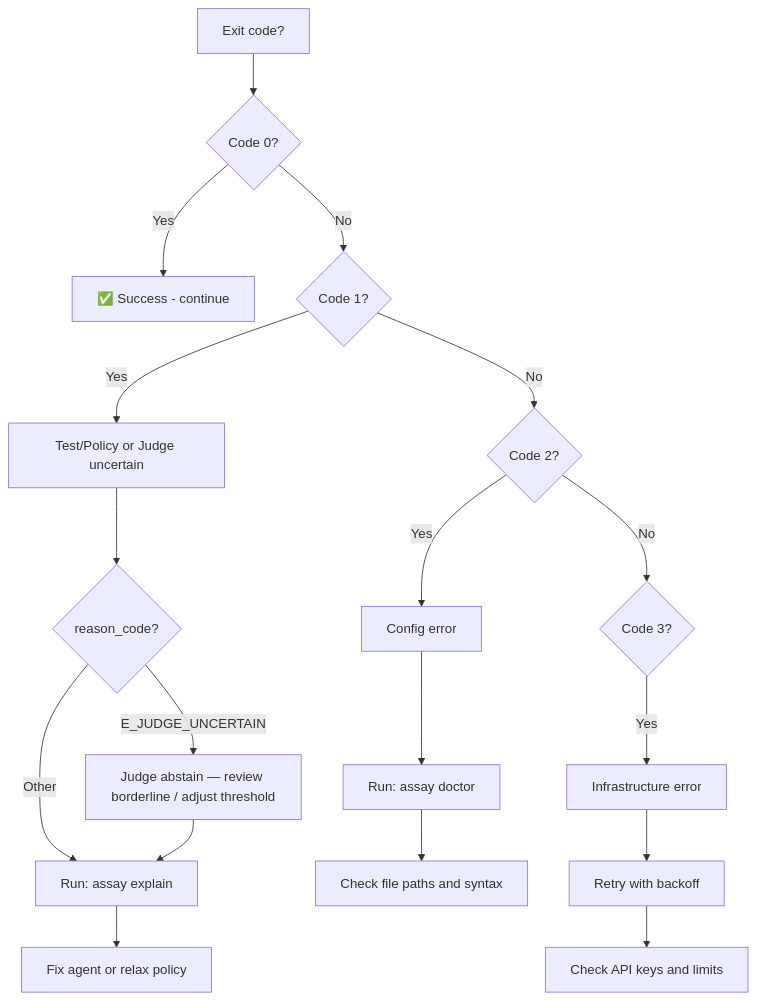
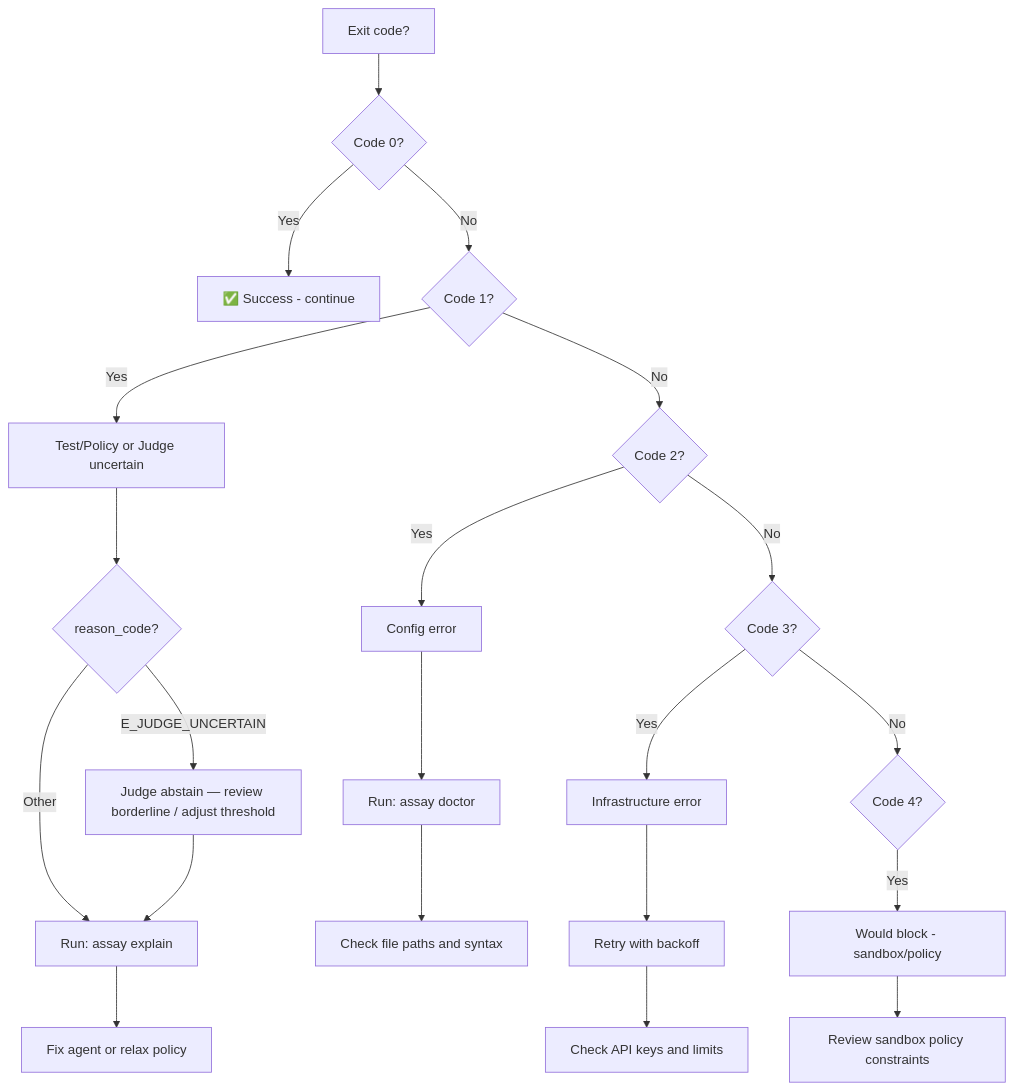
The second of 7 diagrams in docs/AIcontext/decision-trees.md (Rul1an/assay), drawn with Mermaid before and after one commit. The commit also changed other lines of this file and 10 other files, not shown here.

First line of the commit message:
docs: Fix 15 defects in AIcontext docs — dep graph, versions, exit codes, replay status

````diff
--- a/docs/AIcontext/decision-trees.md
+++ b/docs/AIcontext/decision-trees.md
@@ -38,23 +38,27 @@
 ```mermaid
 flowchart TD
     EXIT[Exit code?] --> E0{Code 0?}
     E0 -->|Yes| SUCCESS[✅ Success - continue]
 
     E0 -->|No| E1{Code 1?}
     E1 -->|Yes| TEST_FAIL[Test/Policy or Judge uncertain]
     TEST_FAIL --> REASON{reason_code?}
     REASON -->|E_JUDGE_UNCERTAIN| JUDGE_ABSTAIN[Judge abstain — review borderline / adjust threshold]
     REASON -->|Other| EXPLAIN[Run: assay explain]
     JUDGE_ABSTAIN --> EXPLAIN
     EXPLAIN --> FIX_AGENT[Fix agent or relax policy]
 
     E1 -->|No| E2{Code 2?}
     E2 -->|Yes| CONFIG[Config error]
     CONFIG --> DOCTOR[Run: assay doctor]
     DOCTOR --> CHECK_FILES[Check file paths and syntax]
 
     E2 -->|No| E3{Code 3?}
     E3 -->|Yes| INFRA[Infrastructure error]
     INFRA --> RETRY[Retry with backoff]
     RETRY --> CHECK_API[Check API keys and limits]
+
+    E3 -->|No| E4{Code 4?}
+    E4 -->|Yes| BLOCKED[Would block - sandbox/policy]
+    BLOCKED --> REVIEW_POLICY[Review sandbox policy constraints]
 ```
````
